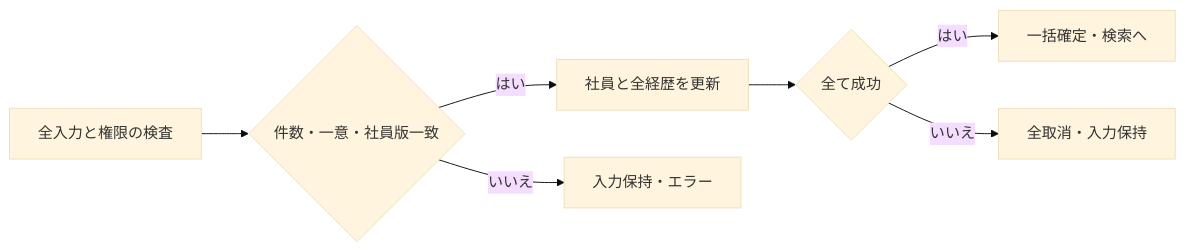
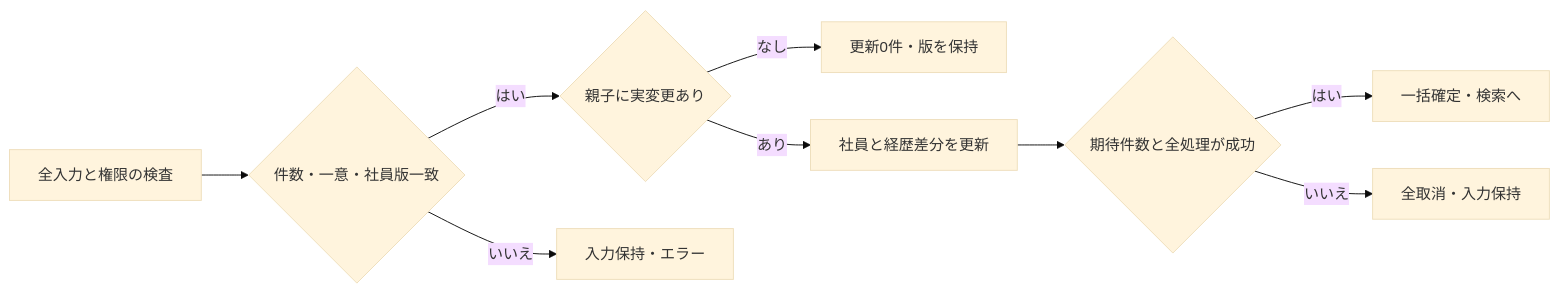
One commit to tujinrong/contextbase-evaluation changed the fourth of 6 diagrams in sample-project2/spec/Access/基本設計書/04_社員登録画面.md. Above: the diagram before and after it, drawn with Mermaid (base theme). The commit also changed other lines of this file and 132 other files, not shown here.

````diff
--- a/sample-project2/spec/Access/基本設計書/04_社員登録画面.md
+++ b/sample-project2/spec/Access/基本設計書/04_社員登録画面.md
@@ -163,8 +184,10 @@
 ```mermaid
 flowchart LR
  A[全入力と権限の検査] --> B{件数・一意・社員版一致}
- B -->|はい| C[社員と全経歴を更新] --> D{全て成功}
+ B -->|はい| H{親子に実変更あり}
+ H -->|なし| I[更新0件・版を保持]
+ H -->|あり| C[社員と経歴差分を更新] --> D{期待件数と全処理が成功}
  D -->|はい| E[一括確定・検索へ]
  B -->|いいえ| F[入力保持・エラー]
  D -->|いいえ| G[全取消・入力保持]
 ```
````
